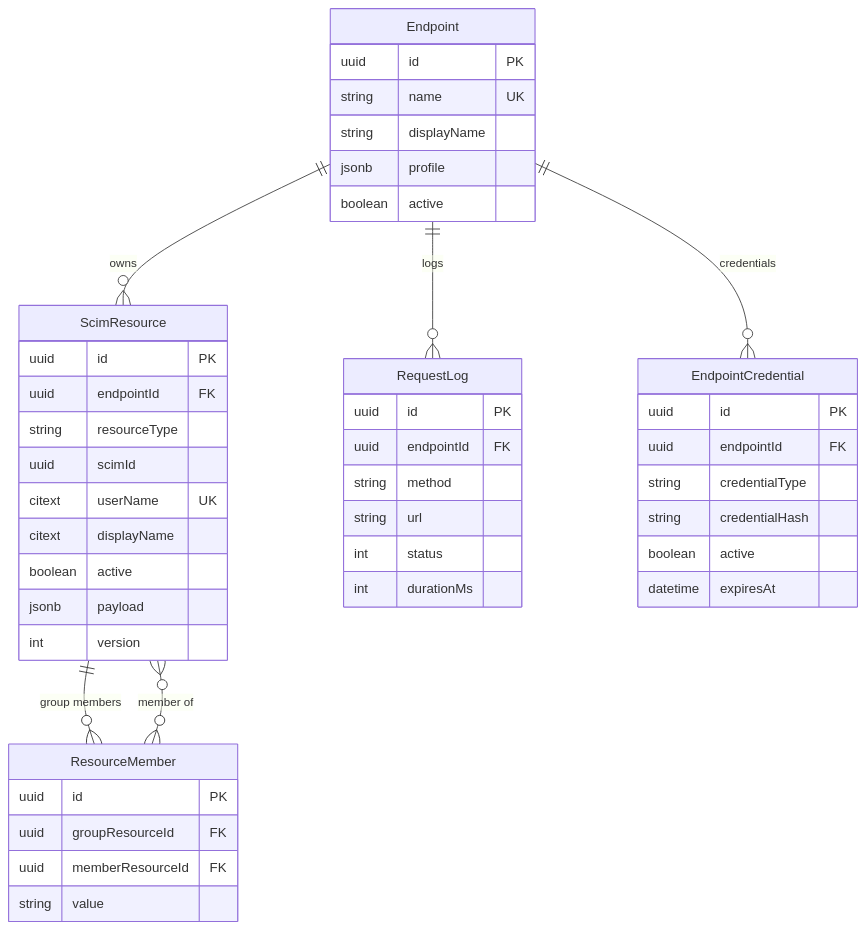
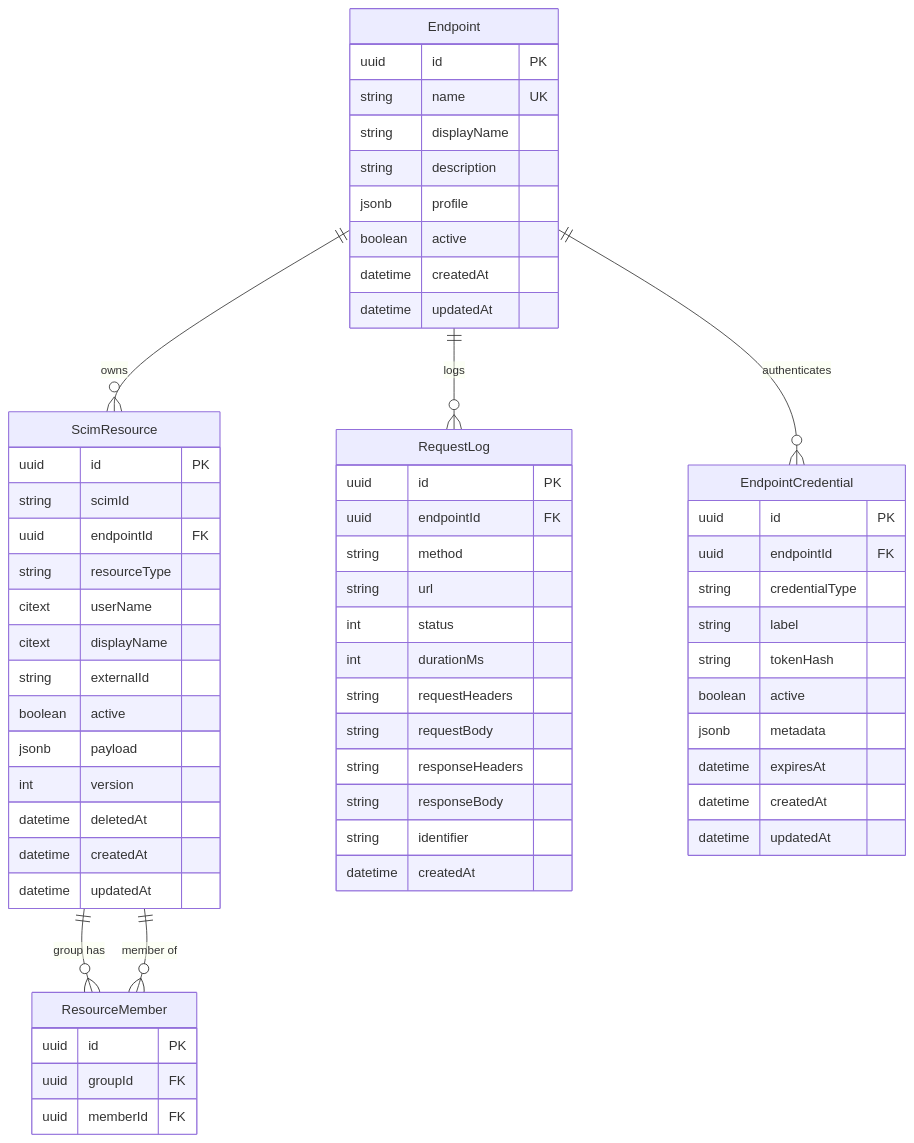
The first of 5 diagrams in README.md (pranems/SCIMServer), drawn with Mermaid before and after one commit. The commit also changed other lines of this file and 6 other files, not shown here.

````diff
--- a/README.md
+++ b/README.md
@@ -164,49 +94,69 @@
 ```mermaid
 erDiagram
     Endpoint ||--o{ ScimResource : "owns"
     Endpoint ||--o{ RequestLog : "logs"
-    Endpoint ||--o{ EndpointCredential : "credentials"
-    ScimResource ||--o{ ResourceMember : "group members"
-    ScimResource }o--o{ ResourceMember : "member of"
+    Endpoint ||--o{ EndpointCredential : "authenticates"
+    ScimResource ||--o{ ResourceMember : "group has"
+    ScimResource ||--o{ ResourceMember : "member of"
 
     Endpoint {
         uuid id PK
         string name UK
         string displayName
+        string description
         jsonb profile
         boolean active
+        datetime createdAt
+        datetime updatedAt
     }
+
     ScimResource {
         uuid id PK
+        string scimId
         uuid endpointId FK
         string resourceType
-        uuid scimId
-        citext userName UK
+        citext userName
         citext displayName
+        string externalId
         boolean active
         jsonb payload
         int version
+        datetime deletedAt
+        datetime createdAt
+        datetime updatedAt
     }
-    ResourceMember {
-        uuid id PK
-        uuid groupResourceId FK
-        uuid memberResourceId FK
-        string value
-    }
-    EndpointCredential {
-        uuid id PK
-        uuid endpointId FK
-        string credentialType
-        string credentialHash
-        boolean active
-        datetime expiresAt
-    }
+
     RequestLog {
         uuid id PK
         uuid endpointId FK
         string method
         string url
         int status
         int durationMs
+        string requestHeaders
+        string requestBody
+        string responseHeaders
+        string responseBody
+        string identifier
+        datetime createdAt
+    }
+
+    EndpointCredential {
+        uuid id PK
+        uuid endpointId FK
+        string credentialType
+        string label
+        string tokenHash
+        boolean active
+        jsonb metadata
+        datetime expiresAt
+        datetime createdAt
+        datetime updatedAt
+    }
+
+    ResourceMember {
+        uuid id PK
+        uuid groupId FK
+        uuid memberId FK
     }
 ```
````
